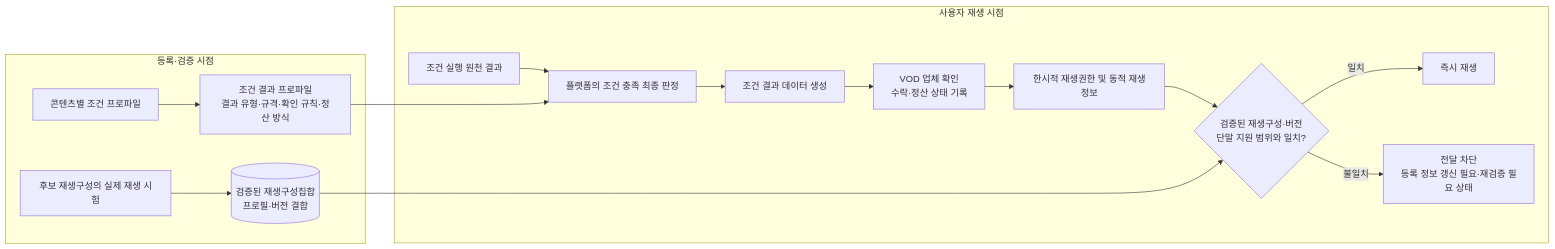
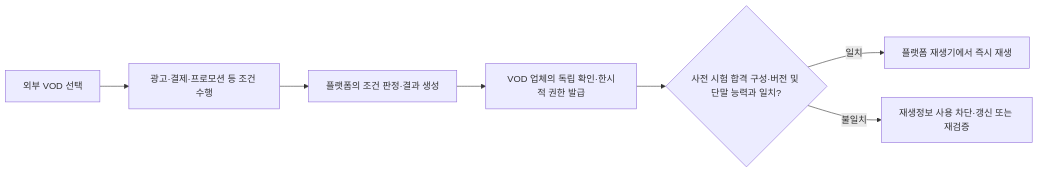
Before and after one commit to growdai1y/instant-play: the first of 14 diagrams in instant_play_직무발명서_개선본.md, drawn with Mermaid. The commit also changed other lines of this file and 1 other file, not shown here.

````diff
--- a/instant_play_직무발명서_개선본.md
+++ b/instant_play_직무발명서_개선본.md
@@ -40,28 +47,9 @@
 ```mermaid
 flowchart LR
-    subgraph REGISTER["등록·검증 시점"]
-        A["콘텐츠별 조건 프로파일"]
-        B["조건 결과 프로파일<br/>결과 유형·규격·확인 규칙·정산 방식"]
-        C["후보 재생구성의 실제 재생 시험"]
-        D[("검증된 재생구성집합<br/>프로필·버전 결합")]
-        A --> B
-        C --> D
-    end
-
-    subgraph RUNTIME["사용자 재생 시점"]
-        E["조건 실행 원천 결과"]
-        F["플랫폼의 조건 충족 최종 판정"]
-        G["조건 결과 데이터 생성"]
-        H["VOD 업체 확인<br/>수락·정산 상태 기록"]
-        I["한시적 재생권한 및 동적 재생정보"]
-        J{"검증된 재생구성·버전<br/>단말 지원 범위와 일치?"}
-        K["즉시 재생"]
-        L["전달 차단<br/>등록 정보 갱신 필요·재검증 필요 상태"]
-        E --> F --> G --> H --> I --> J
-        J -->|일치| K
-        J -->|불일치| L
-    end
-
-    B ---> F
-    D ---> J
+    A["외부 VOD 선택"] --> B["광고·결제·프로모션 등 조건 수행"]
+    B --> C["플랫폼의 조건 판정·결과 생성"]
+    C --> D["VOD 업체의 독립 확인·한시적 권한 발급"]
+    D --> E{"사전 시험 합격 구성·버전 및 단말 능력과 일치?"}
+    E -->|일치| F["플랫폼 재생기에서 즉시 재생"]
+    E -->|불일치| G["재생정보 사용 차단·갱신 또는 재검증"]
 ```
````
